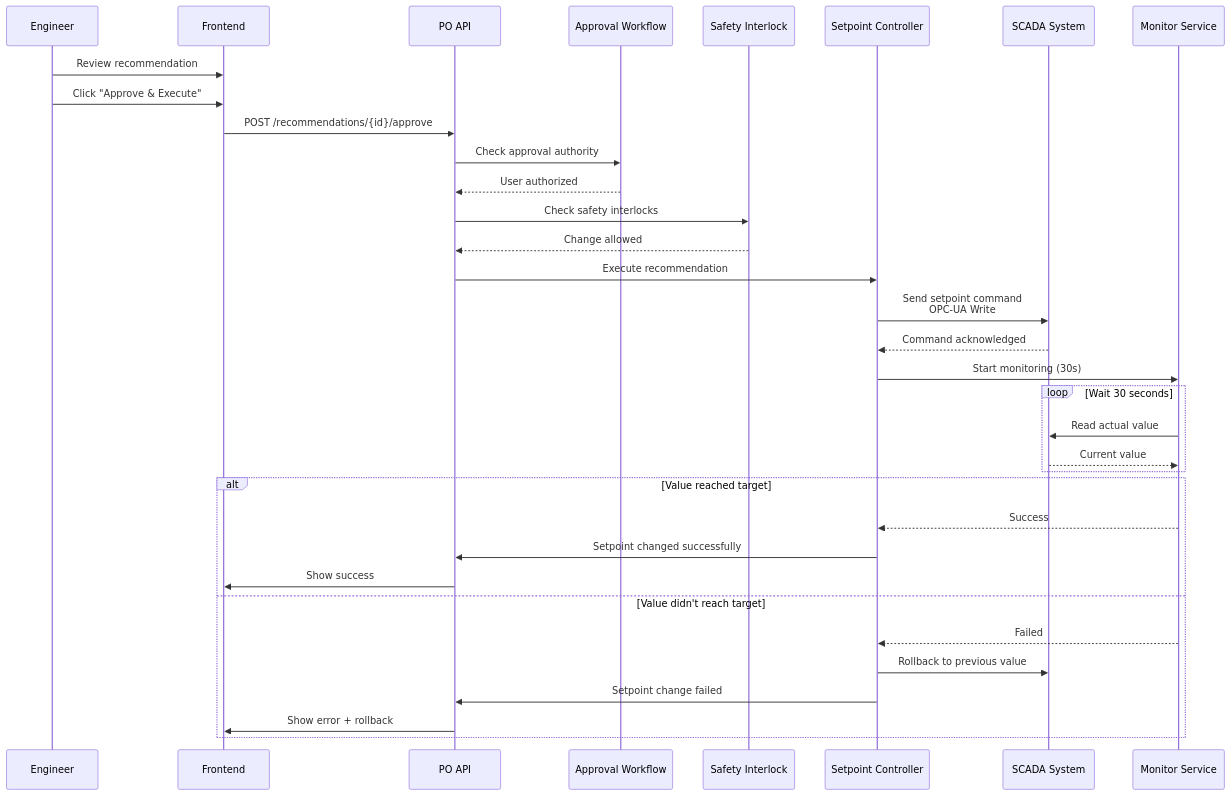
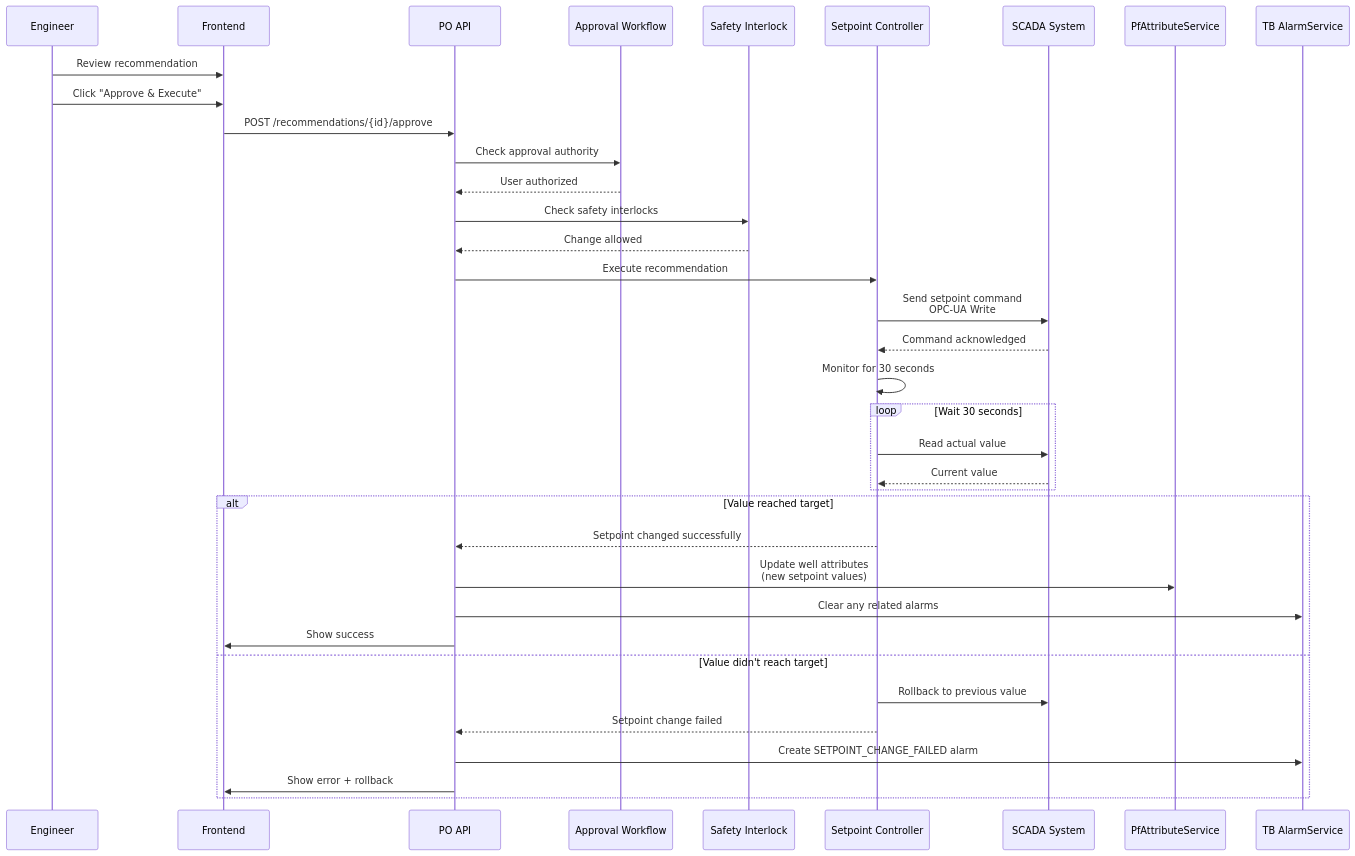
Diagram 12 of 23 in dev/op/DIAGRAMS.md (diazhh/nexus), drawn with Mermaid before and after one commit. The commit also changed other lines of this file and 109 other files, not shown here.

````diff
--- a/dev/op/DIAGRAMS.md
+++ b/dev/op/DIAGRAMS.md
@@ -393,43 +615,45 @@
 ```mermaid
 sequenceDiagram
     participant User as Engineer
     participant UI as Frontend
     participant API as PO API
     participant Approval as Approval Workflow
     participant Safety as Safety Interlock
     participant Controller as Setpoint Controller
     participant SCADA as SCADA System
-    participant Monitor as Monitor Service
-    
+    participant AttrSvc as PfAttributeService
+    participant AlarmSvc as TB AlarmService
+
     User->>UI: Review recommendation
     User->>UI: Click "Approve & Execute"
     UI->>API: POST /recommendations/{id}/approve
-    
+
     API->>Approval: Check approval authority
     Approval-->>API: User authorized
-    
+
     API->>Safety: Check safety interlocks
     Safety-->>API: Change allowed
-    
+
     API->>Controller: Execute recommendation
     Controller->>SCADA: Send setpoint command<br/>OPC-UA Write
     SCADA-->>Controller: Command acknowledged
-    
-    Controller->>Monitor: Start monitoring (30s)
-    
+
+    Controller->>Controller: Monitor for 30 seconds
+
     loop Wait 30 seconds
-        Monitor->>SCADA: Read actual value
-        SCADA-->>Monitor: Current value
+        Controller->>SCADA: Read actual value
+        SCADA-->>Controller: Current value
     end
-    
+
     alt Value reached target
-        Monitor-->>Controller: Success
-        Controller->>API: Setpoint changed successfully
+        Controller-->>API: Setpoint changed successfully
+        API->>AttrSvc: Update well attributes<br/>(new setpoint values)
+        API->>AlarmSvc: Clear any related alarms
         API->>UI: Show success
     else Value didn't reach target
-        Monitor-->>Controller: Failed
         Controller->>SCADA: Rollback to previous value
-        Controller->>API: Setpoint change failed
+        Controller-->>API: Setpoint change failed
+        API->>AlarmSvc: Create SETPOINT_CHANGE_FAILED alarm
         API->>UI: Show error + rollback
     end
 ```
````
